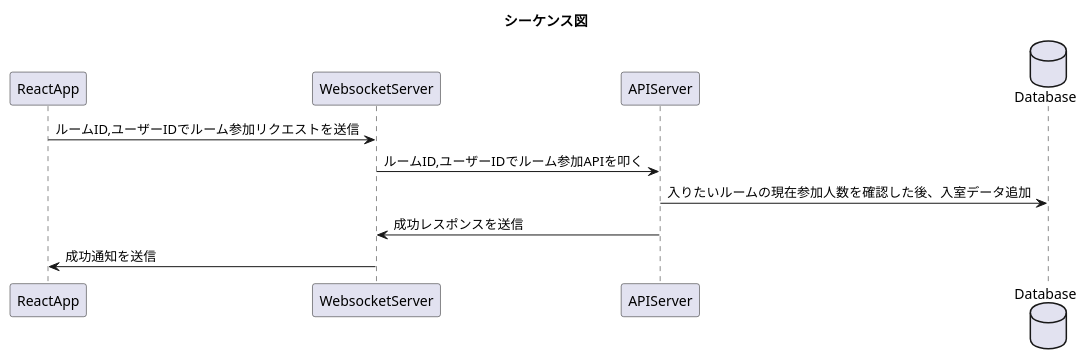
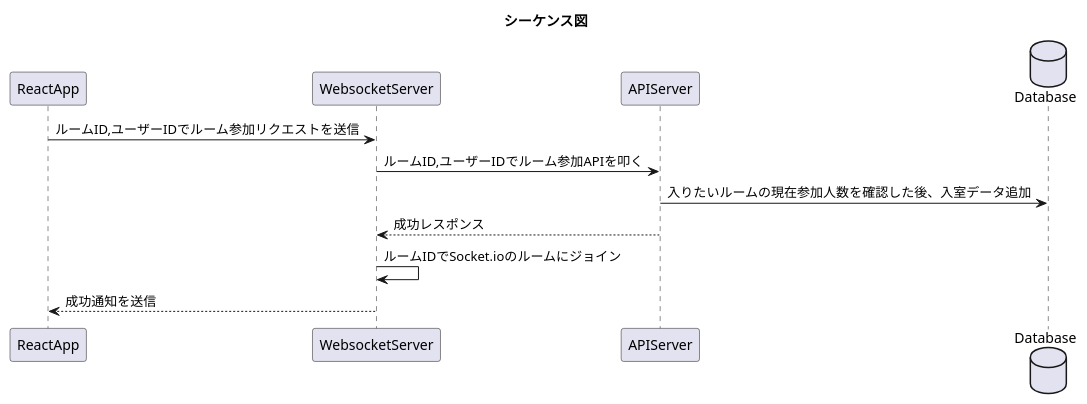
One commit to taniwhy/mochi-match-rest changed the diagram in websocket/ルーム参加.pu. Above: the diagram before and after it, drawn with PlantUML. The commit also changed 3 other files, not shown here.

```diff
--- a/websocket/ルーム参加.pu
+++ b/websocket/ルーム参加.pu
@@ -1,17 +1,18 @@
 @startuml
 title シーケンス図
 
 participant ReactApp
 participant WebsocketServer
 participant APIServer
 
 database Database
 
 ReactApp -> WebsocketServer : ルームID,ユーザーIDでルーム参加リクエストを送信
 WebsocketServer -> APIServer : ルームID,ユーザーIDでルーム参加APIを叩く
 APIServer -> Database : 入りたいルームの現在参加人数を確認した後、入室データ追加
-APIServer -> WebsocketServer : 成功レスポンスを送信　
-WebsocketServer -> ReactApp : 成功通知を送信
+APIServer --> WebsocketServer : 成功レスポンス
+WebsocketServer -> WebsocketServer : ルームIDでSocket.ioのルームにジョイン
+WebsocketServer --> ReactApp : 成功通知を送信
 
 
 @enduml
```
